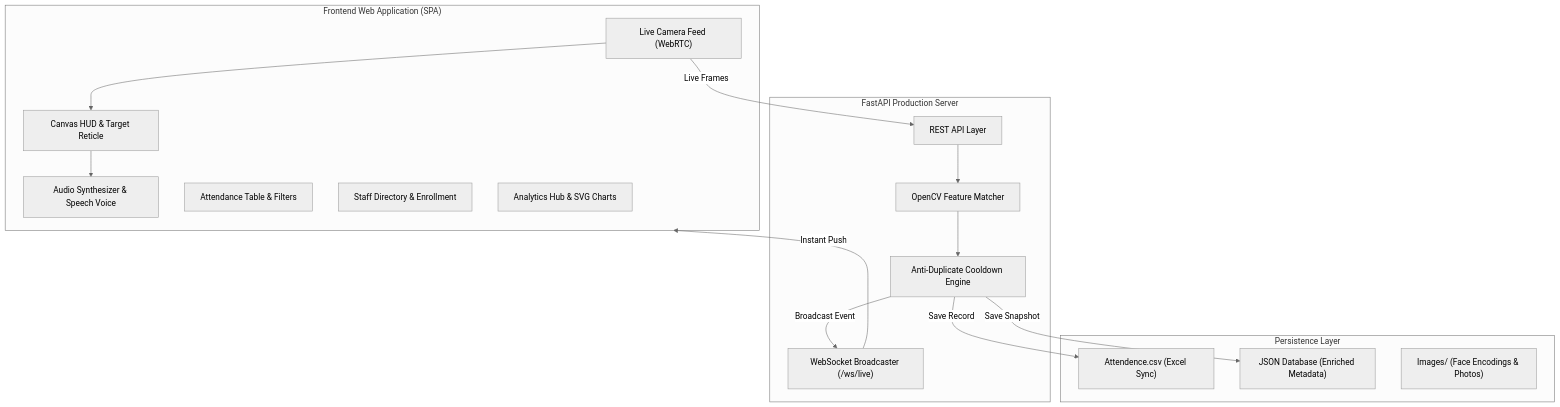
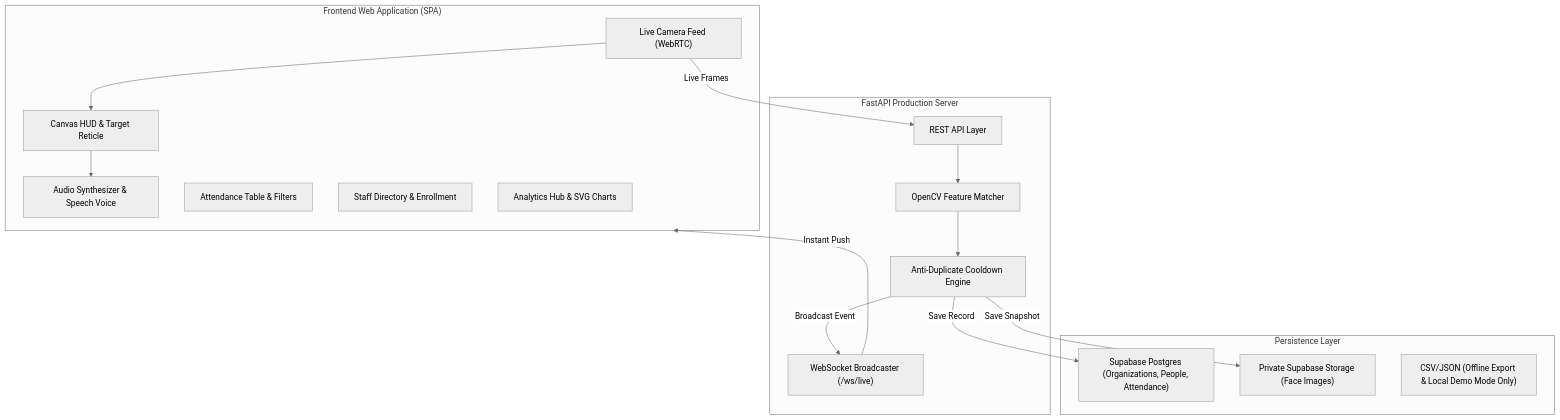
One commit to zenon18-trb/ai-attendance changed the first of 2 diagrams in readme.md. Above: the diagram before and after it, drawn with Mermaid (neutral theme). The commit also changed other lines of this file, not shown here.

Commit message:
Document Supabase security and deployment changes

````diff
--- a/readme.md
+++ b/readme.md
@@ -60,31 +60,31 @@
 ```mermaid
 graph TD
     subgraph Client ["Frontend Web Application (SPA)"]
         A["Live Camera Feed (WebRTC)"] --> B["Canvas HUD & Target Reticle"]
         B --> C["Audio Synthesizer & Speech Voice"]
         D["Attendance Table & Filters"]
         E["Staff Directory & Enrollment"]
         F["Analytics Hub & SVG Charts"]
     end
 
     subgraph Backend ["FastAPI Production Server"]
         G["REST API Layer"]
         H["WebSocket Broadcaster (/ws/live)"]
         I["OpenCV Feature Matcher"]
         J["Anti-Duplicate Cooldown Engine"]
     end
 
     subgraph Storage ["Persistence Layer"]
-        K["Attendence.csv (Excel Sync)"]
-        L["JSON Database (Enriched Metadata)"]
-        M["Images/ (Face Encodings & Photos)"]
+        K["Supabase Postgres (Organizations, People, Attendance)"]
+        L["Private Supabase Storage (Face Images)"]
+        M["CSV/JSON (Offline Export & Local Demo Mode Only)"]
     end
 
     A -->|Live Frames| G
     G --> I
     I --> J
     J -->|Save Record| K
     J -->|Save Snapshot| L
     J -->|Broadcast Event| H
     H -->|Instant Push| Client
 ```
````
